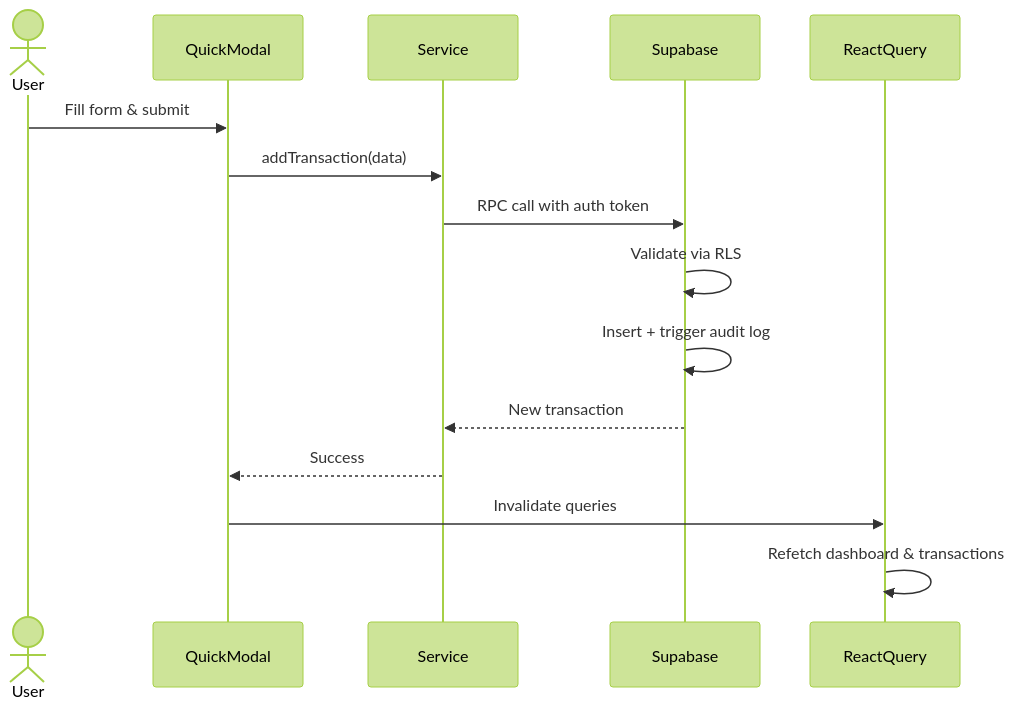
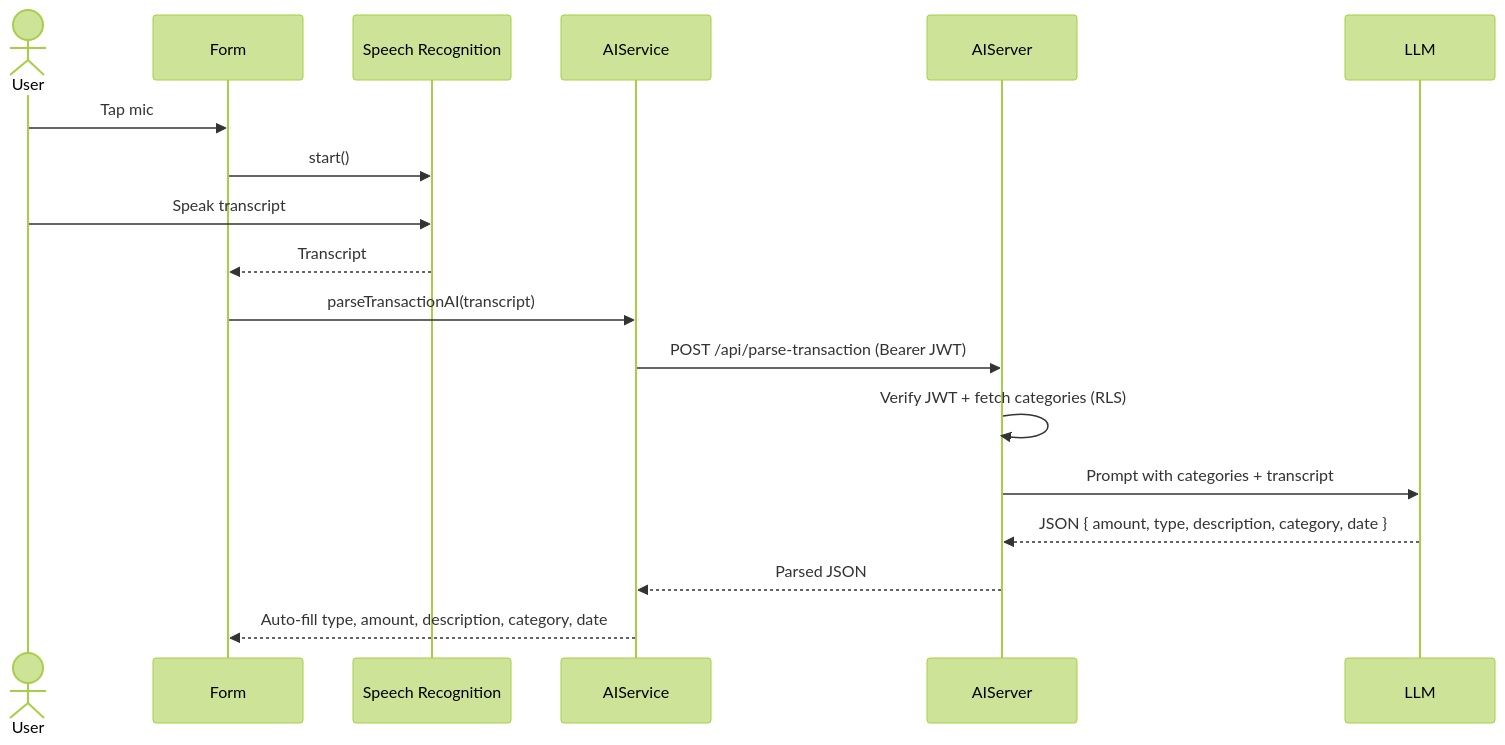
Before and after one commit to ShivaniNR/Personal-Finance-Tracker: the seventh of 8 diagrams in README.md, drawn with Mermaid (forest theme). The commit also changed other lines of this file, not shown here.

First line of the commit message:
Update README to reflect current architecture

````diff
--- a/README.md
+++ b/README.md
@@ -365,18 +383,21 @@
 ```mermaid
 sequenceDiagram
     actor User
-    participant QuickModal
-    participant Service
-    participant Supabase
-    participant ReactQuery
+    participant Form
+    participant Voice as Speech Recognition
+    participant AIService
+    participant AIServer
+    participant LLM
 
-    User->>QuickModal: Fill form & submit
-    QuickModal->>Service: addTransaction(data)
-    Service->>Supabase: RPC call with auth token
-    Supabase->>Supabase: Validate via RLS
-    Supabase->>Supabase: Insert + trigger audit log
-    Supabase-->>Service: New transaction
-    Service-->>QuickModal: Success
-    QuickModal->>ReactQuery: Invalidate queries
-    ReactQuery->>ReactQuery: Refetch dashboard & transactions
+    User->>Form: Tap mic
+    Form->>Voice: start()
+    User->>Voice: Speak transcript
+    Voice-->>Form: Transcript
+    Form->>AIService: parseTransactionAI(transcript)
+    AIService->>AIServer: POST /api/parse-transaction (Bearer JWT)
+    AIServer->>AIServer: Verify JWT + fetch categories (RLS)
+    AIServer->>LLM: Prompt with categories + transcript
+    LLM-->>AIServer: JSON { amount, type, description, category, date }
+    AIServer-->>AIService: Parsed JSON
+    AIService-->>Form: Auto-fill type, amount, description, category, date
 ```
````
